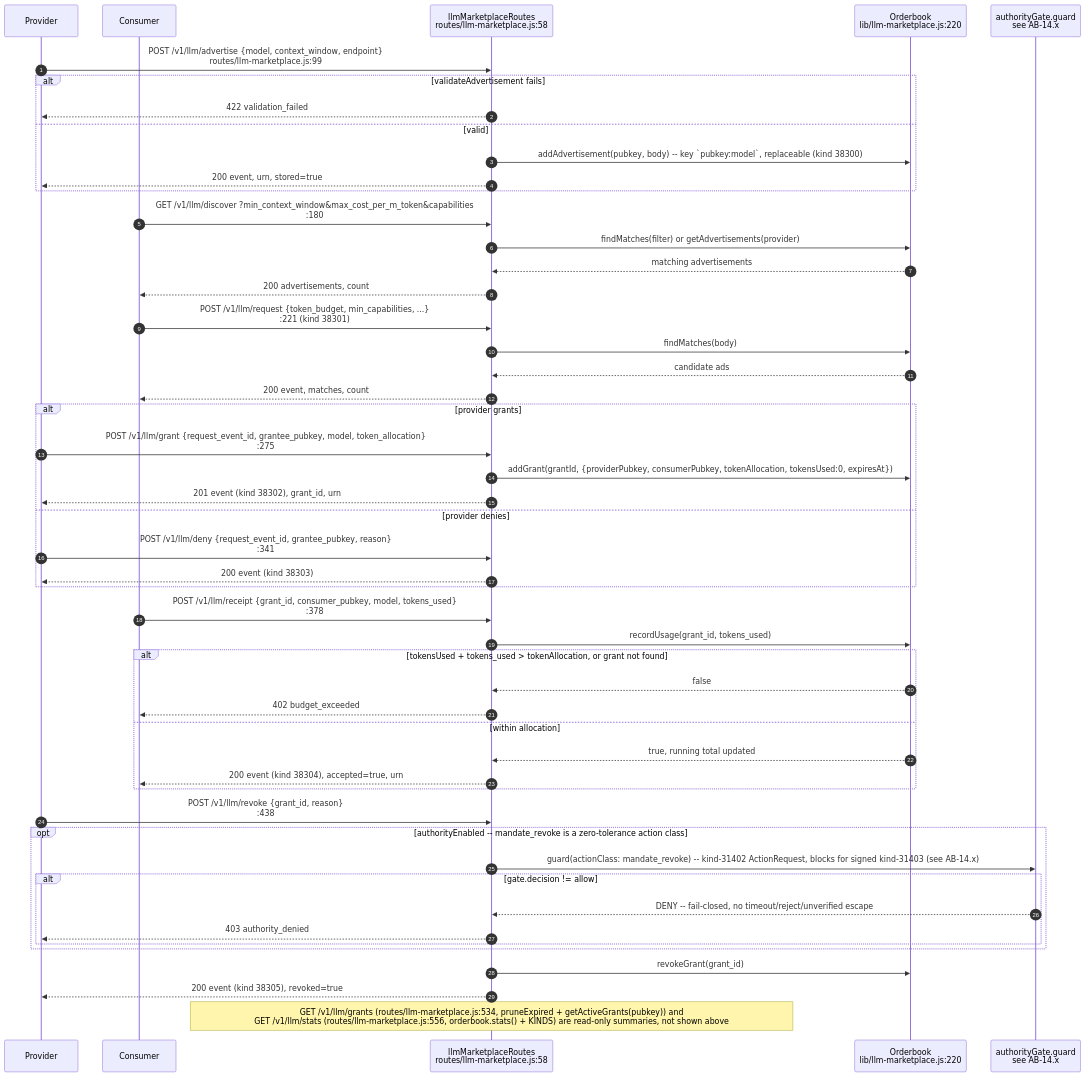
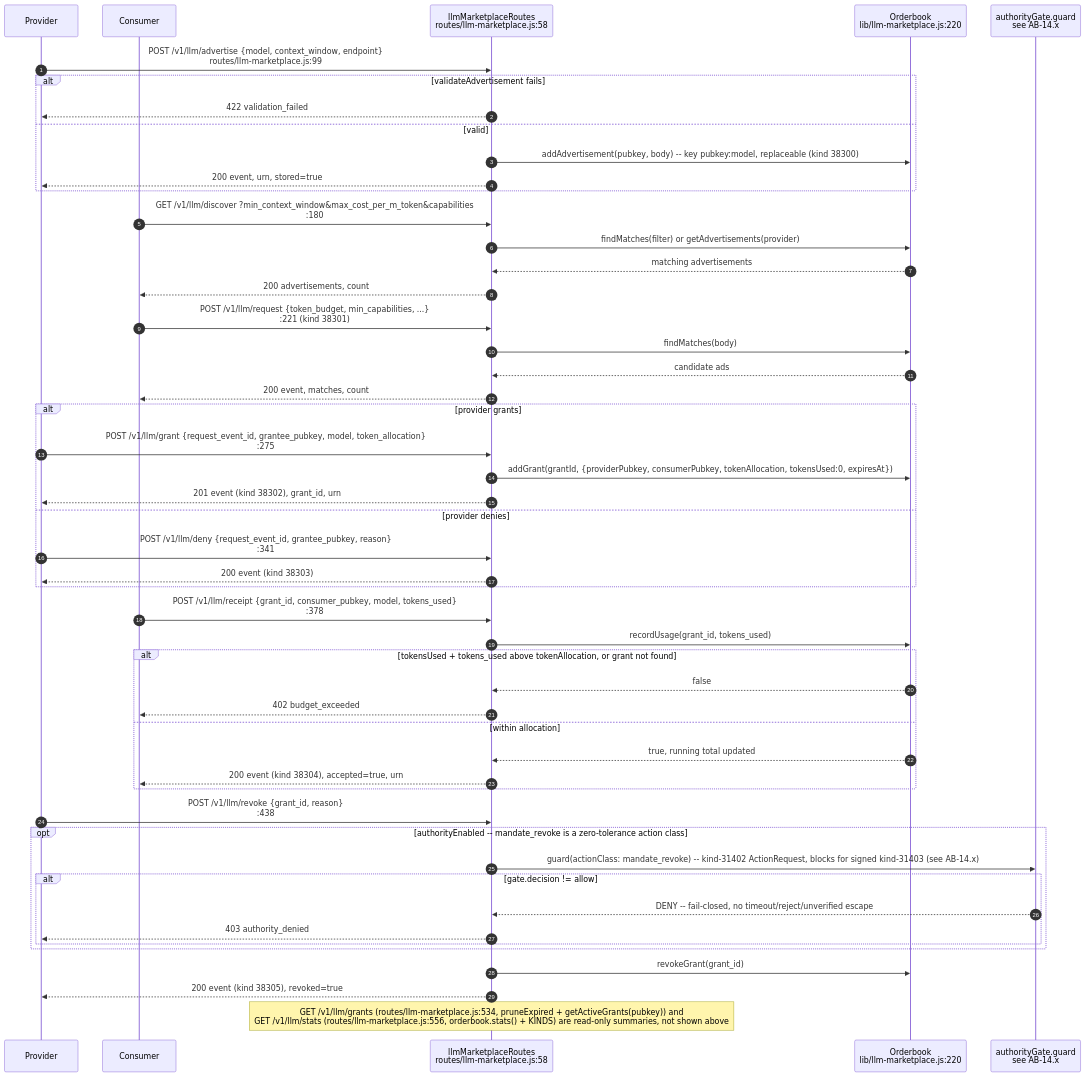
Before and after one commit to DreamLab-AI/VisionFlow: the ninth of 15 diagrams in docs/diagrams/agentbox/15-capability-gating-spend-consultants.md, drawn with Mermaid. The commit also changed other lines of this file and 18 other files, not shown here.

First line of the commit message:
docs(diagrams): successor-only repair convention and aliases in the gate; external-triage corpus fixes and register rows

````diff
--- a/docs/diagrams/agentbox/15-capability-gating-spend-consultants.md
+++ b/docs/diagrams/agentbox/15-capability-gating-spend-consultants.md
@@ -441,59 +441,59 @@
 ```mermaid
 sequenceDiagram
     autonumber
     participant Prov as Provider
     participant Cons as Consumer
     participant R as llmMarketplaceRoutes<br/>routes/llm-marketplace.js:58
     participant OB as Orderbook<br/>lib/llm-marketplace.js:220
     participant Gate as authorityGate.guard<br/>see AB-14.x
 
     Prov->>R: POST /v1/llm/advertise {model, context_window, endpoint}<br/>routes/llm-marketplace.js:99
     alt validateAdvertisement fails
         R-->>Prov: 422 validation_failed
     else valid
-        R->>OB: addAdvertisement(pubkey, body) -- key #96;pubkey:model#96;, replaceable (kind 38300)
+        R->>OB: addAdvertisement(pubkey, body) -- key pubkey:model, replaceable (kind 38300)
         R-->>Prov: 200 event, urn, stored=true
     end
 
     Cons->>R: GET /v1/llm/discover ?min_context_window&max_cost_per_m_token&capabilities<br/>:180
     R->>OB: findMatches(filter) or getAdvertisements(provider)
     OB-->>R: matching advertisements
     R-->>Cons: 200 advertisements, count
 
     Cons->>R: POST /v1/llm/request {token_budget, min_capabilities, ...}<br/>:221 (kind 38301)
     R->>OB: findMatches(body)
     OB-->>R: candidate ads
     R-->>Cons: 200 event, matches, count
 
     alt provider grants
         Prov->>R: POST /v1/llm/grant {request_event_id, grantee_pubkey, model, token_allocation}<br/>:275
         R->>OB: addGrant(grantId, {providerPubkey, consumerPubkey, tokenAllocation, tokensUsed:0, expiresAt})
-        R-->>Prov: 201 event #40;kind 38302#41;, grant_id, urn
+        R-->>Prov: 201 event (kind 38302), grant_id, urn
     else provider denies
         Prov->>R: POST /v1/llm/deny {request_event_id, grantee_pubkey, reason}<br/>:341
-        R-->>Prov: 200 event #40;kind 38303#41;
+        R-->>Prov: 200 event (kind 38303)
     end
 
     Cons->>R: POST /v1/llm/receipt {grant_id, consumer_pubkey, model, tokens_used}<br/>:378
     R->>OB: recordUsage(grant_id, tokens_used)
-    alt tokensUsed + tokens_used #62; tokenAllocation, or grant not found
+    alt tokensUsed + tokens_used above tokenAllocation, or grant not found
         OB-->>R: false
         R-->>Cons: 402 budget_exceeded
     else within allocation
         OB-->>R: true, running total updated
-        R-->>Cons: 200 event #40;kind 38304#41;, accepted=true, urn
+        R-->>Cons: 200 event (kind 38304), accepted=true, urn
     end
 
     Prov->>R: POST /v1/llm/revoke {grant_id, reason}<br/>:438
     opt authorityEnabled -- mandate_revoke is a zero-tolerance action class
-        R->>Gate: guard#40;actionClass: mandate_revoke#41; -- kind-31402 ActionRequest, blocks for signed kind-31403 (see AB-14.x)
+        R->>Gate: guard(actionClass: mandate_revoke) -- kind-31402 ActionRequest, blocks for signed kind-31403 (see AB-14.x)
         alt gate.decision != allow
             Gate-->>R: DENY -- fail-closed, no timeout/reject/unverified escape
             R-->>Prov: 403 authority_denied
         end
     end
     R->>OB: revokeGrant(grant_id)
-    R-->>Prov: 200 event #40;kind 38305#41;, revoked=true
+    R-->>Prov: 200 event (kind 38305), revoked=true
 
-    Note over R: GET /v1/llm/grants #40;routes/llm-marketplace.js:534, pruneExpired + getActiveGrants#40;pubkey#41;#41; and<br/>GET /v1/llm/stats #40;routes/llm-marketplace.js:556, orderbook.stats#40;#41; + KINDS#41; are read-only summaries, not shown above
+    Note over R: GET /v1/llm/grants (routes/llm-marketplace.js:534, pruneExpired + getActiveGrants(pubkey)) and<br/>GET /v1/llm/stats (routes/llm-marketplace.js:556, orderbook.stats() + KINDS) are read-only summaries, not shown above
 ```
````
